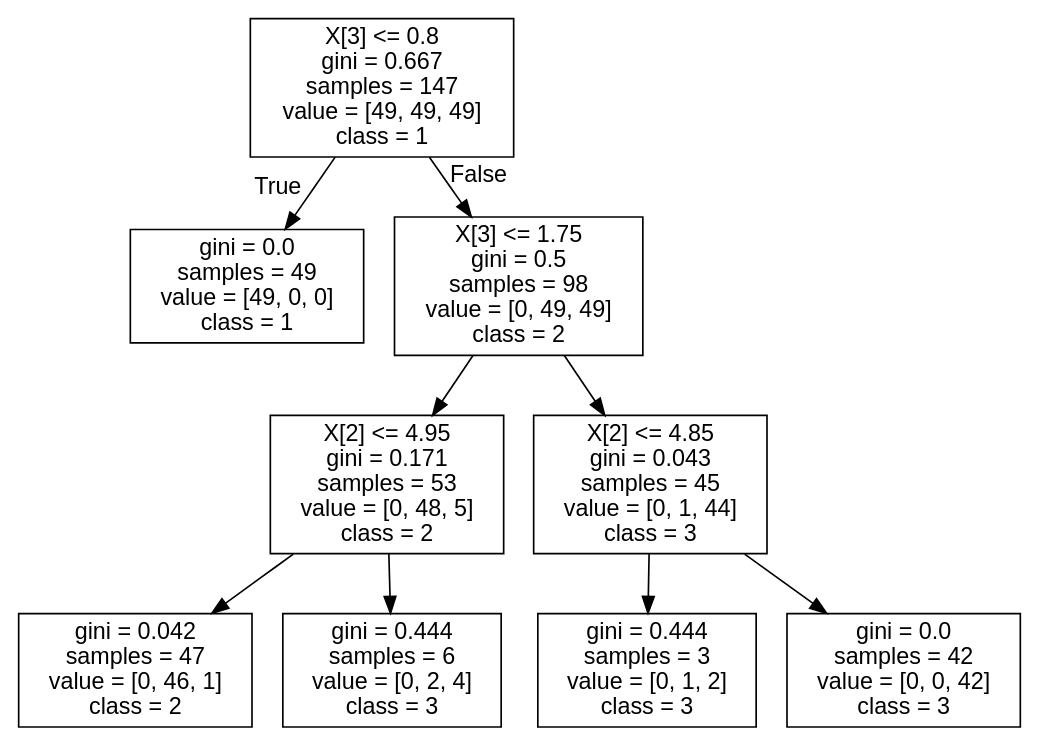
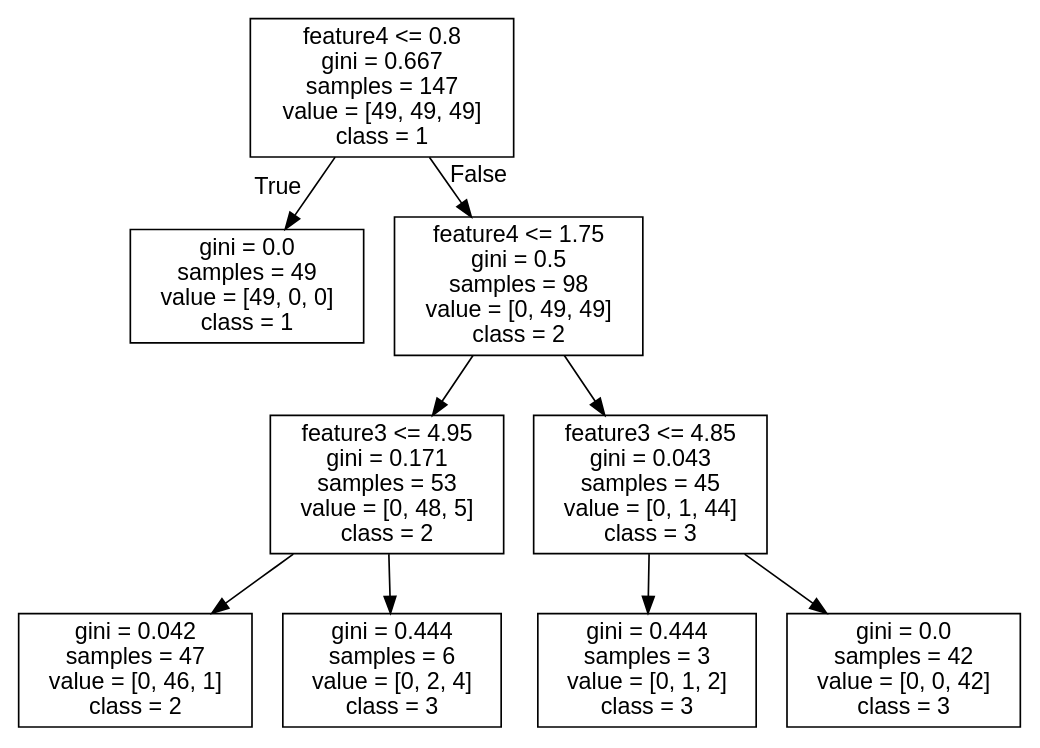
The diagram in machine_learning/week04/tree_hw.dot (Dongheon97/2021_fall), drawn with Graphviz before and after one commit. The commit also changed 2 other files, not shown here.

```diff
--- a/machine_learning/week04/tree_hw.dot
+++ b/machine_learning/week04/tree_hw.dot
@@ -1,21 +1,21 @@
 digraph Tree {
 node [shape=box, fontname="helvetica"] ;
 edge [fontname="helvetica"] ;
-0 [label="X[3] <= 0.8\ngini = 0.667\nsamples = 147\nvalue = [49, 49, 49]\nclass = 1"] ;
+0 [label="feature4 <= 0.8\ngini = 0.667\nsamples = 147\nvalue = [49, 49, 49]\nclass = 1"] ;
 1 [label="gini = 0.0\nsamples = 49\nvalue = [49, 0, 0]\nclass = 1"] ;
 0 -> 1 [labeldistance=2.5, labelangle=45, headlabel="True"] ;
-2 [label="X[3] <= 1.75\ngini = 0.5\nsamples = 98\nvalue = [0, 49, 49]\nclass = 2"] ;
+2 [label="feature4 <= 1.75\ngini = 0.5\nsamples = 98\nvalue = [0, 49, 49]\nclass = 2"] ;
 0 -> 2 [labeldistance=2.5, labelangle=-45, headlabel="False"] ;
-3 [label="X[2] <= 4.95\ngini = 0.171\nsamples = 53\nvalue = [0, 48, 5]\nclass = 2"] ;
+3 [label="feature3 <= 4.95\ngini = 0.171\nsamples = 53\nvalue = [0, 48, 5]\nclass = 2"] ;
 2 -> 3 ;
 4 [label="gini = 0.042\nsamples = 47\nvalue = [0, 46, 1]\nclass = 2"] ;
 3 -> 4 ;
 5 [label="gini = 0.444\nsamples = 6\nvalue = [0, 2, 4]\nclass = 3"] ;
 3 -> 5 ;
-6 [label="X[2] <= 4.85\ngini = 0.043\nsamples = 45\nvalue = [0, 1, 44]\nclass = 3"] ;
+6 [label="feature3 <= 4.85\ngini = 0.043\nsamples = 45\nvalue = [0, 1, 44]\nclass = 3"] ;
 2 -> 6 ;
 7 [label="gini = 0.444\nsamples = 3\nvalue = [0, 1, 2]\nclass = 3"] ;
 6 -> 7 ;
 8 [label="gini = 0.0\nsamples = 42\nvalue = [0, 0, 42]\nclass = 3"] ;
 6 -> 8 ;
 }
```
